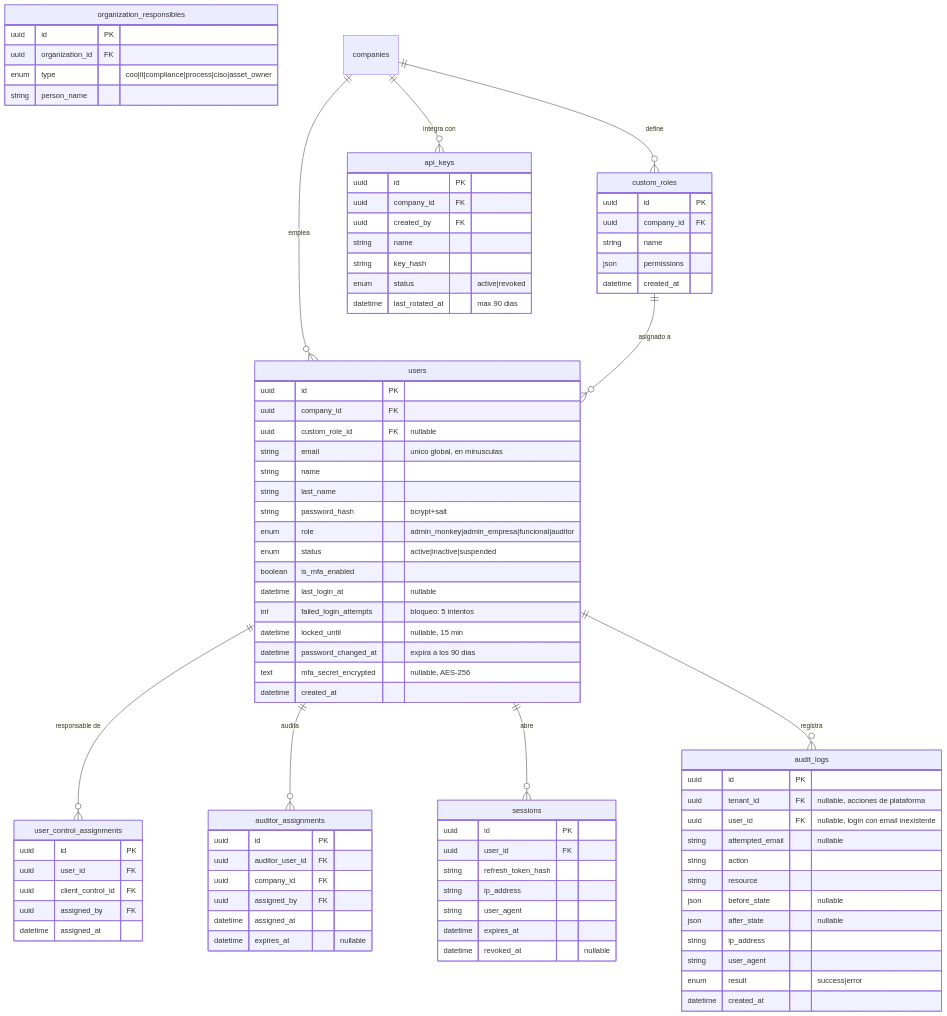
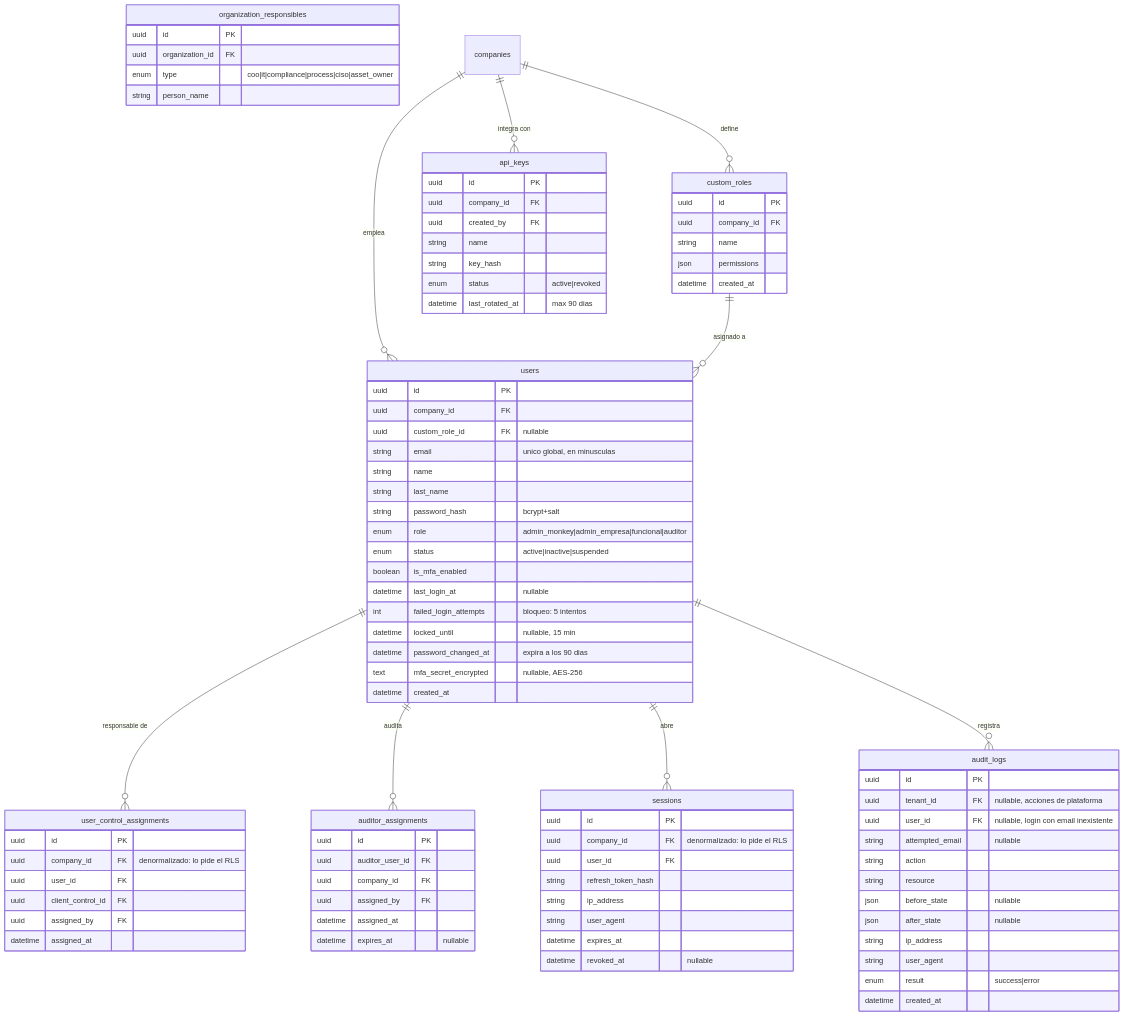
One commit to Monkey-GRC/Monkey-Brain-IA changed the seventh of 16 diagrams in skills/product/monkey-compliance-council/references/modelo-datos.md. Above: the diagram before and after it, drawn with Mermaid. The commit also changed other lines of this file and 12 other files, not shown here.

```diff
--- a/skills/product/monkey-compliance-council/references/modelo-datos.md
+++ b/skills/product/monkey-compliance-council/references/modelo-datos.md
@@ -837,6 +875,7 @@
     }
     user_control_assignments {
         uuid id PK
+        uuid company_id FK "denormalizado: lo pide el RLS"
         uuid user_id FK
         uuid client_control_id FK
         uuid assigned_by FK
@@ -852,6 +891,7 @@
     }
     sessions {
         uuid id PK
+        uuid company_id FK "denormalizado: lo pide el RLS"
         uuid user_id FK
         string refresh_token_hash
         string ip_address
```
